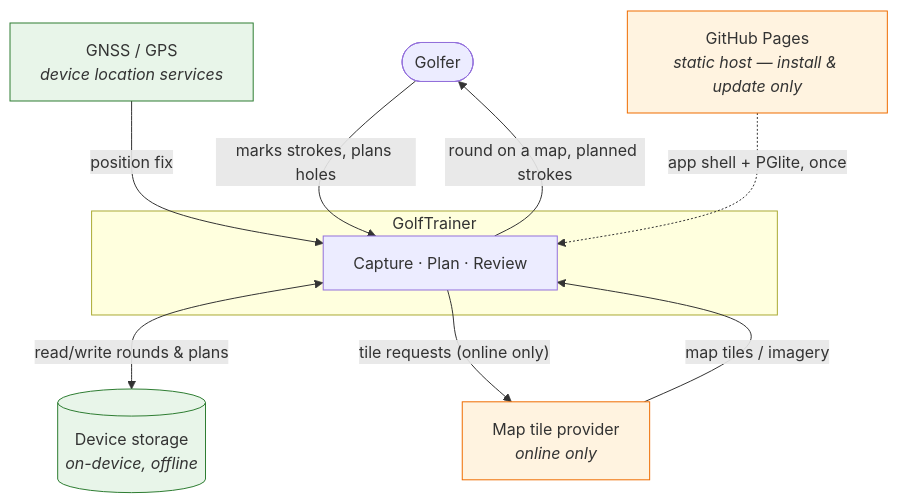
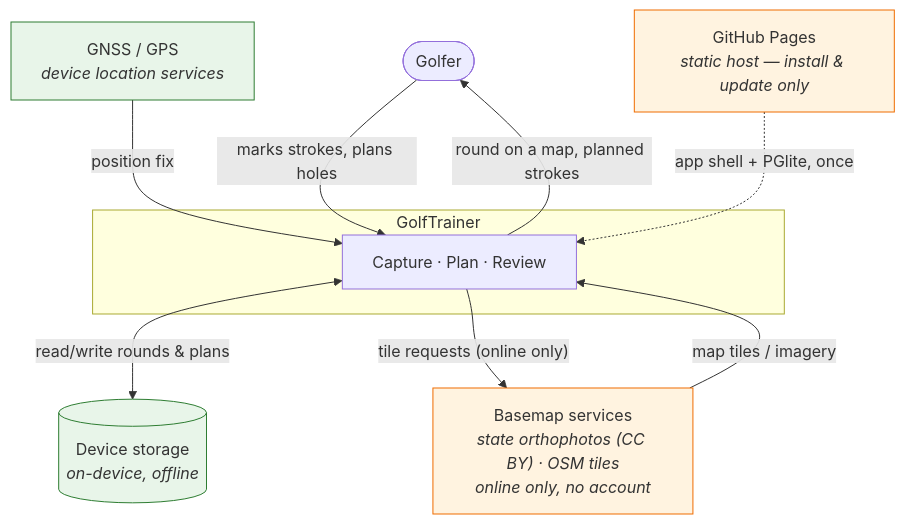
The first of 2 diagrams in CLAUDE.md (roeselert/golftrainer), drawn with Mermaid before and after one commit. The commit also changed other lines of this file and 4 other files, not shown here.

First line of the commit message:
Settle OPEN-7: Leaflet, with the basemap behind Tile Access

````diff
--- a/CLAUDE.md
+++ b/CLAUDE.md
@@ -90,27 +90,27 @@
 ```mermaid
 flowchart TB
     golfer(["Golfer"])
 
     subgraph system["GolfTrainer"]
         app["Capture · Plan · Review"]
     end
 
     gnss["GNSS / GPS<br/><i>device location services</i>"]
-    tiles["Map tile provider<br/><i>online only</i>"]
+    tiles["Basemap services<br/><i>state orthophotos (CC BY) · OSM tiles</i><br/><i>online only, no account</i>"]
     storage[("Device storage<br/><i>on-device, offline</i>")]
     host["GitHub Pages<br/><i>static host — install & update only</i>"]
 
     golfer -->|"marks strokes, plans holes"| app
     app -->|"round on a map, planned strokes"| golfer
 
     gnss -->|"position fix"| app
     app <-->|"read/write rounds & plans"| storage
     app -->|"tile requests (online only)"| tiles
     tiles -->|"map tiles / imagery"| app
     host -.->|"app shell + PGlite, once"| app
 
     classDef offline fill:#e8f5e9,stroke:#2e7d32
     classDef online fill:#fff3e0,stroke:#ef6c00
     class gnss,storage offline
     class tiles,host online
 ```
````
